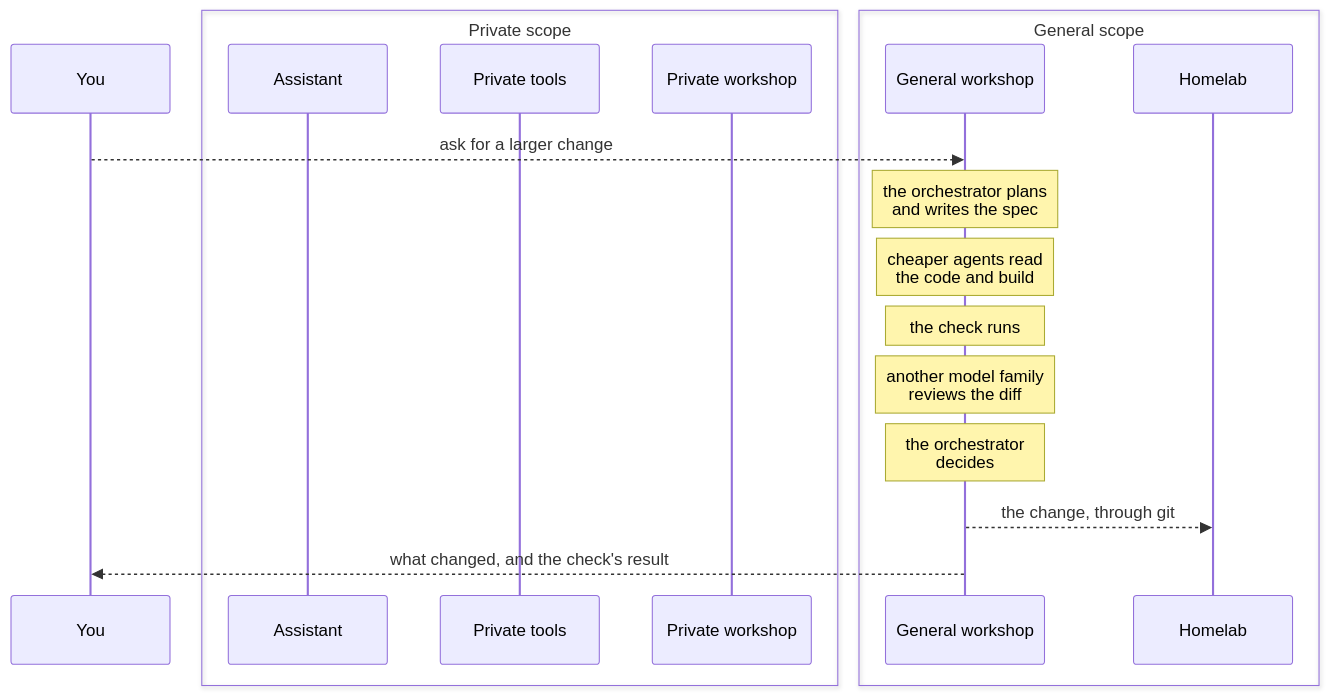
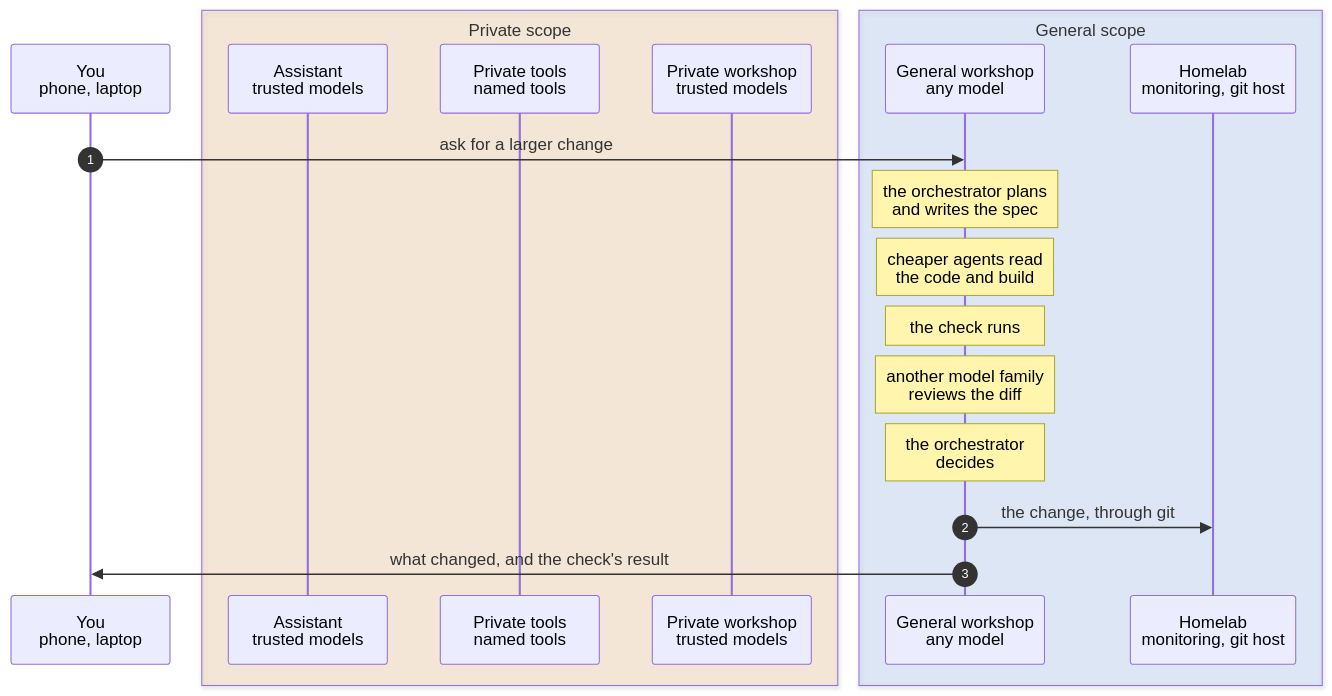
Before and after one commit to h-wb/home-ops: the eighth of 8 diagrams in kubernetes/apps/main/llm/docs/flows.md, drawn with Mermaid. The commit also changed other lines of this file and 26 other files, not shown here.

````diff
--- a/kubernetes/apps/main/llm/docs/flows.md
+++ b/kubernetes/apps/main/llm/docs/flows.md
@@ -307,21 +264,22 @@
 ```mermaid
 sequenceDiagram
-    participant Y as You
-    box Private scope
-        participant H as Assistant
-        participant T as Private tools
-        participant P as Private workshop
+    autonumber
+    participant Y as You<br/>phone, laptop
+    box rgba(240,170,82,0.18) Private scope
+        participant H as Assistant<br/>trusted models
+        participant T as Private tools<br/>named tools
+        participant P as Private workshop<br/>trusted models
     end
-    box General scope
-        participant G as General workshop
-        participant X as Homelab
+    box rgba(120,174,252,0.18) General scope
+        participant G as General workshop<br/>any model
+        participant X as Homelab<br/>monitoring, git host
     end
-    Y-->>G: ask for a larger change
+    Y->>G: ask for a larger change
     Note over G: the orchestrator plans<br/>and writes the spec
     Note over G: cheaper agents read<br/>the code and build
     Note over G: the check runs
     Note over G: another model family<br/>reviews the diff
     Note over G: the orchestrator<br/>decides
-    G-->>X: the change, through git
-    G-->>Y: what changed, and the check's result
+    G->>X: the change, through git
+    G->>Y: what changed, and the check's result
 ```
````
